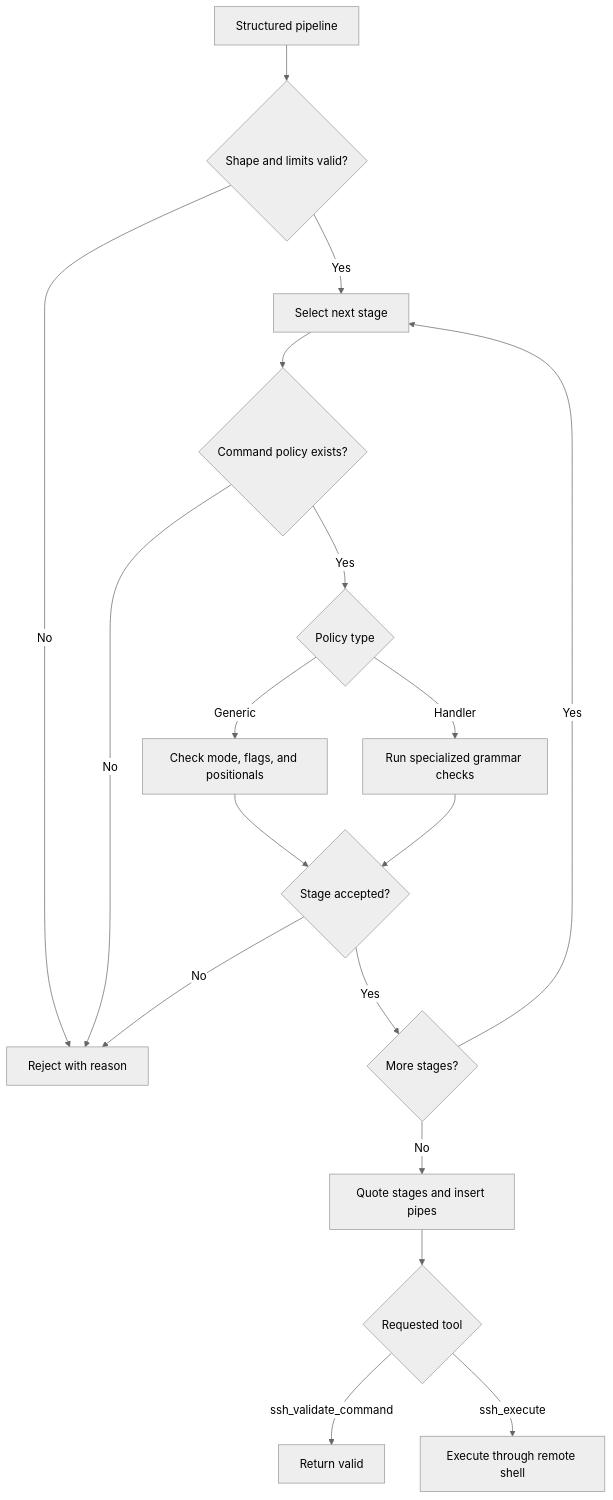
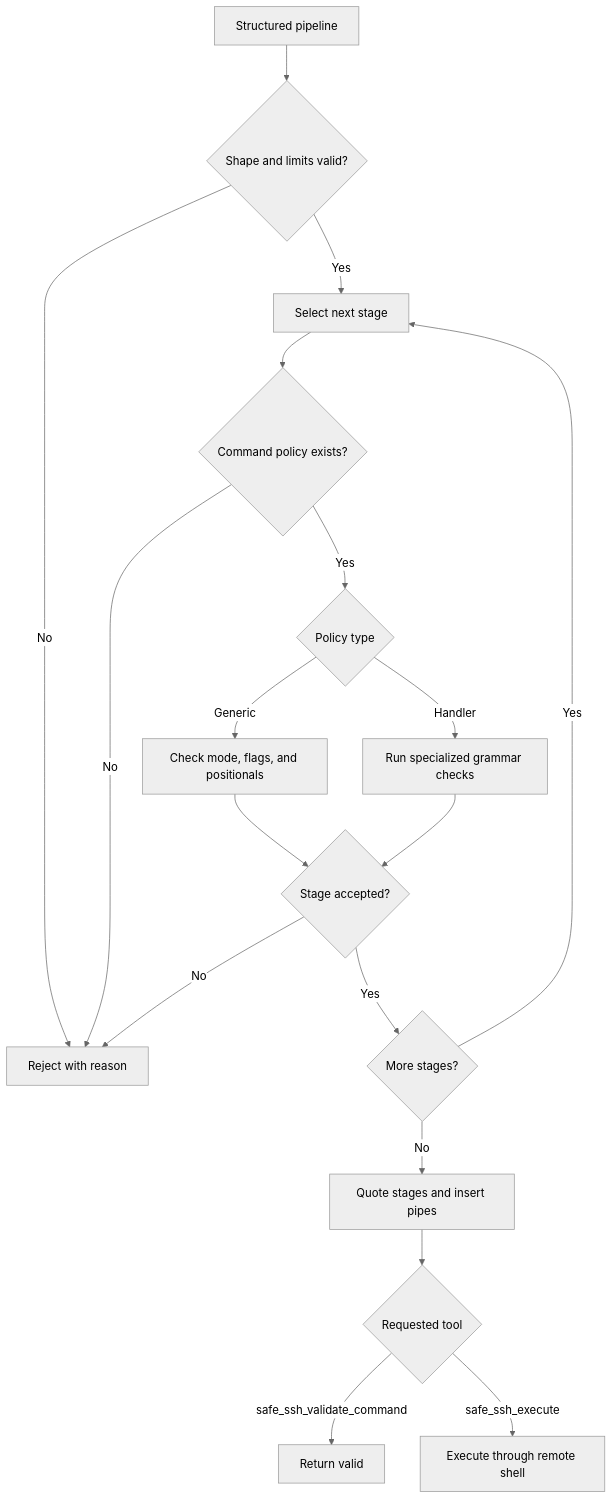
One commit to untillpro/safe-ssh-mcp changed the second of 3 diagrams in docs/design.md. Above: the diagram before and after it, drawn with Mermaid (neutral theme). The commit also changed other lines of this file and 19 other files, not shown here.

````diff
--- a/docs/design.md
+++ b/docs/design.md
@@ -71,20 +71,20 @@
 ```mermaid
 flowchart TD
     Input["Structured pipeline"] --> Shape{"Shape and limits valid?"}
     Shape -->|No| Reject["Reject with reason"]
     Shape -->|Yes| Stage["Select next stage"]
     Stage --> Policy{"Command policy exists?"}
     Policy -->|No| Reject
     Policy -->|Yes| Type{"Policy type"}
     Type -->|Generic| Generic["Check mode, flags, and positionals"]
     Type -->|Handler| Handler["Run specialized grammar checks"]
     Generic --> Accepted{"Stage accepted?"}
     Handler --> Accepted
     Accepted -->|No| Reject
     Accepted -->|Yes| More{"More stages?"}
     More -->|Yes| Stage
     More -->|No| Render["Quote stages and insert pipes"]
     Render --> Tool{"Requested tool"}
-    Tool -->|ssh_validate_command| Valid["Return valid"]
-    Tool -->|ssh_execute| Execute["Execute through remote shell"]
+    Tool -->|safe_ssh_validate_command| Valid["Return valid"]
+    Tool -->|safe_ssh_execute| Execute["Execute through remote shell"]
 ```
````
